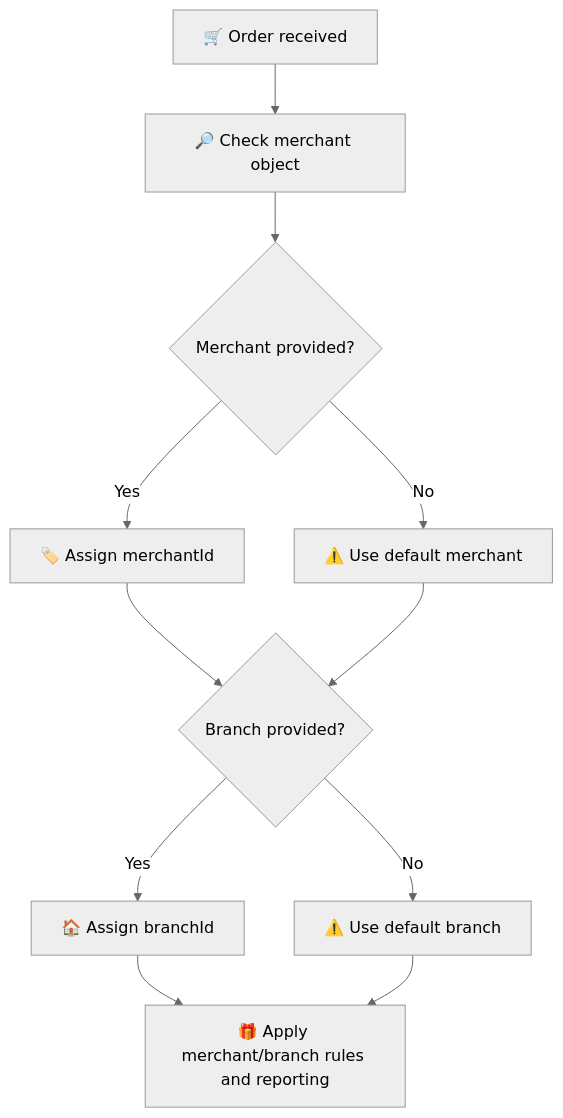
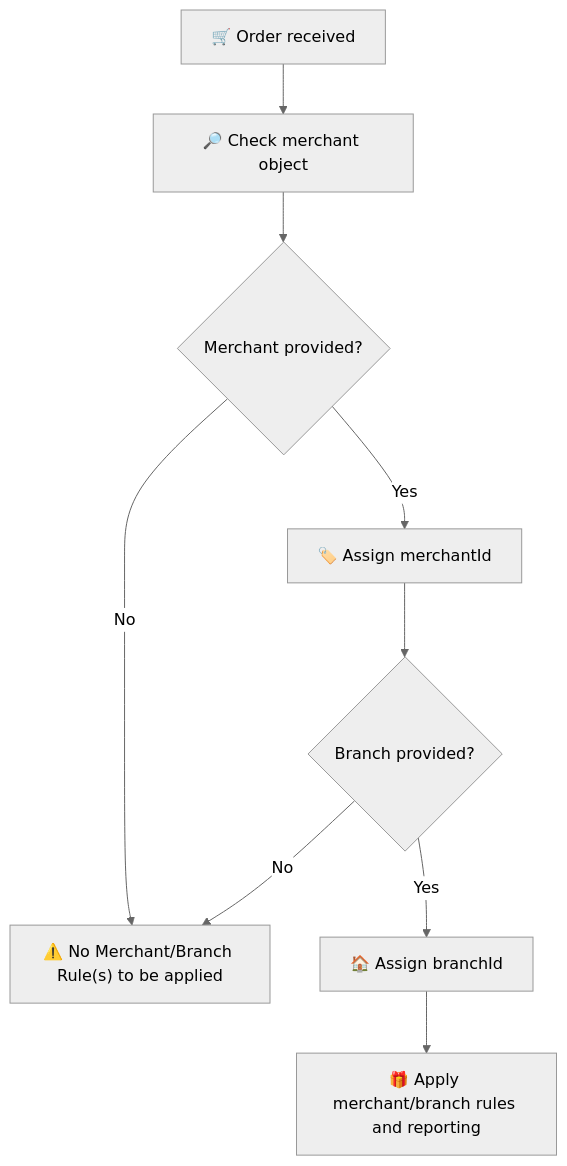
The diagram in tutorials-new/experiences/order-handling/special-use-cases/multi-merchants-branches.mdx (gameballers/gameball-docs), drawn with Mermaid (neutral theme) before and after one commit. The commit also changed 12 other files, not shown here.

````diff
--- a/tutorials-new/experiences/order-handling/special-use-cases/multi-merchants-branches.mdx
+++ b/tutorials-new/experiences/order-handling/special-use-cases/multi-merchants-branches.mdx
@@ -41,17 +41,15 @@
 ```mermaid
 flowchart TB
     A["🛒 Order received"] --> B["🔎 Check merchant object"]
     B --> C{"Merchant provided?"}
 
     C -->|Yes| D["🏷️ Assign merchantId"]
-    C -->|No| E["⚠️ Use default merchant"]
+    C -->|No| I["⚠️ No Merchant/Branch Rule(s) to be applied"]
 
     D --> F{"Branch provided?"}
-    E --> F
+  
+    F -->|Yes| G["🏠 Assign branchId"]
+    F -->|No| I
 
-    F -->|Yes| G["🏠 Assign branchId"]
-    F -->|No| H["⚠️ Use default branch"]
-
-    G --> I["🎁 Apply merchant/branch rules and reporting"]
-    H --> I
+    G --> H["🎁 Apply merchant/branch rules and reporting"]
 ```
````
